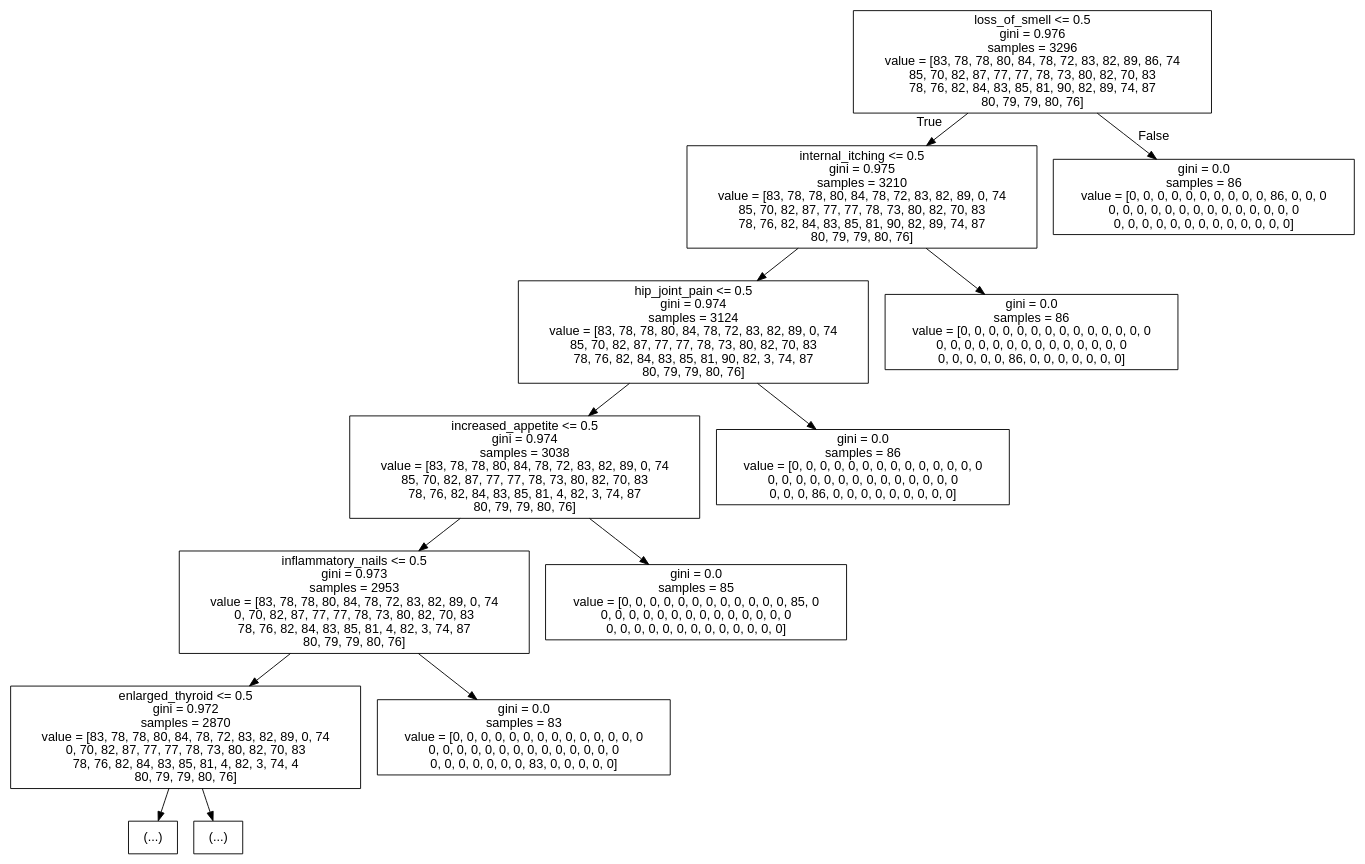
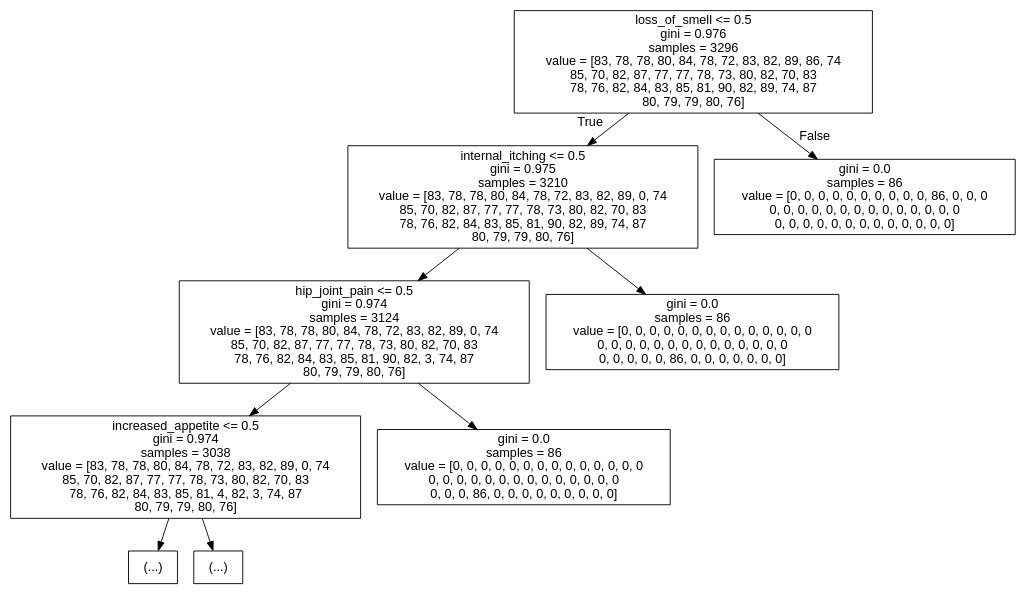
The diagram in tree-top5.dot (Sahib573/Rog_purvakalan), drawn with Graphviz before and after one commit. The commit also changed 2 other files, not shown here.

Commit message:
graphviz err resolved

```diff
--- a/tree-top5.dot
+++ b/tree-top5.dot
@@ -1,29 +1,21 @@
 digraph Tree {
 node [shape=box, fontname="helvetica"] ;
 edge [fontname="helvetica"] ;
 0 [label="loss_of_smell <= 0.5\ngini = 0.976\nsamples = 3296\nvalue = [83, 78, 78, 80, 84, 78, 72, 83, 82, 89, 86, 74\n85, 70, 82, 87, 77, 77, 78, 73, 80, 82, 70, 83\n78, 76, 82, 84, 83, 85, 81, 90, 82, 89, 74, 87\n80, 79, 79, 80, 76]"] ;
 1 [label="internal_itching <= 0.5\ngini = 0.975\nsamples = 3210\nvalue = [83, 78, 78, 80, 84, 78, 72, 83, 82, 89, 0, 74\n85, 70, 82, 87, 77, 77, 78, 73, 80, 82, 70, 83\n78, 76, 82, 84, 83, 85, 81, 90, 82, 89, 74, 87\n80, 79, 79, 80, 76]"] ;
 0 -> 1 [labeldistance=2.5, labelangle=45, headlabel="True"] ;
 2 [label="hip_joint_pain <= 0.5\ngini = 0.974\nsamples = 3124\nvalue = [83, 78, 78, 80, 84, 78, 72, 83, 82, 89, 0, 74\n85, 70, 82, 87, 77, 77, 78, 73, 80, 82, 70, 83\n78, 76, 82, 84, 83, 85, 81, 90, 82, 3, 74, 87\n80, 79, 79, 80, 76]"] ;
 1 -> 2 ;
 3 [label="increased_appetite <= 0.5\ngini = 0.974\nsamples = 3038\nvalue = [83, 78, 78, 80, 84, 78, 72, 83, 82, 89, 0, 74\n85, 70, 82, 87, 77, 77, 78, 73, 80, 82, 70, 83\n78, 76, 82, 84, 83, 85, 81, 4, 82, 3, 74, 87\n80, 79, 79, 80, 76]"] ;
 2 -> 3 ;
-4 [label="inflammatory_nails <= 0.5\ngini = 0.973\nsamples = 2953\nvalue = [83, 78, 78, 80, 84, 78, 72, 83, 82, 89, 0, 74\n0, 70, 82, 87, 77, 77, 78, 73, 80, 82, 70, 83\n78, 76, 82, 84, 83, 85, 81, 4, 82, 3, 74, 87\n80, 79, 79, 80, 76]"] ;
+4 [label="(...)"] ;
 3 -> 4 ;
-5 [label="enlarged_thyroid <= 0.5\ngini = 0.972\nsamples = 2870\nvalue = [83, 78, 78, 80, 84, 78, 72, 83, 82, 89, 0, 74\n0, 70, 82, 87, 77, 77, 78, 73, 80, 82, 70, 83\n78, 76, 82, 84, 83, 85, 81, 4, 82, 3, 74, 4\n80, 79, 79, 80, 76]"] ;
-4 -> 5 ;
-6 [label="(...)"] ;
-5 -> 6 ;
-119 [label="(...)"] ;
-5 -> 119 ;
-120 [label="gini = 0.0\nsamples = 83\nvalue = [0, 0, 0, 0, 0, 0, 0, 0, 0, 0, 0, 0, 0, 0\n0, 0, 0, 0, 0, 0, 0, 0, 0, 0, 0, 0, 0, 0\n0, 0, 0, 0, 0, 0, 0, 83, 0, 0, 0, 0, 0]"] ;
-4 -> 120 ;
-121 [label="gini = 0.0\nsamples = 85\nvalue = [0, 0, 0, 0, 0, 0, 0, 0, 0, 0, 0, 0, 85, 0\n0, 0, 0, 0, 0, 0, 0, 0, 0, 0, 0, 0, 0, 0\n0, 0, 0, 0, 0, 0, 0, 0, 0, 0, 0, 0, 0]"] ;
+121 [label="(...)"] ;
 3 -> 121 ;
 122 [label="gini = 0.0\nsamples = 86\nvalue = [0, 0, 0, 0, 0, 0, 0, 0, 0, 0, 0, 0, 0, 0\n0, 0, 0, 0, 0, 0, 0, 0, 0, 0, 0, 0, 0, 0\n0, 0, 0, 86, 0, 0, 0, 0, 0, 0, 0, 0, 0]"] ;
 2 -> 122 ;
 123 [label="gini = 0.0\nsamples = 86\nvalue = [0, 0, 0, 0, 0, 0, 0, 0, 0, 0, 0, 0, 0, 0\n0, 0, 0, 0, 0, 0, 0, 0, 0, 0, 0, 0, 0, 0\n0, 0, 0, 0, 0, 86, 0, 0, 0, 0, 0, 0, 0]"] ;
 1 -> 123 ;
 124 [label="gini = 0.0\nsamples = 86\nvalue = [0, 0, 0, 0, 0, 0, 0, 0, 0, 0, 86, 0, 0, 0\n0, 0, 0, 0, 0, 0, 0, 0, 0, 0, 0, 0, 0, 0\n0, 0, 0, 0, 0, 0, 0, 0, 0, 0, 0, 0, 0]"] ;
 0 -> 124 [labeldistance=2.5, labelangle=-45, headlabel="False"] ;
 }
```
